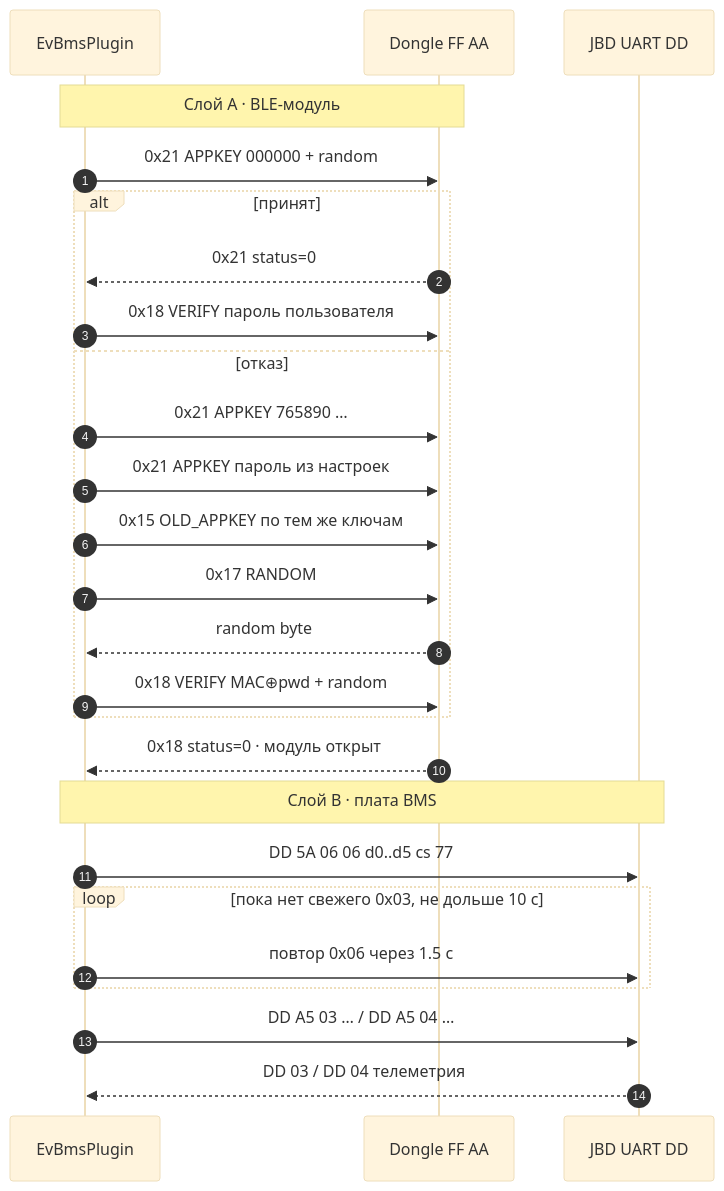
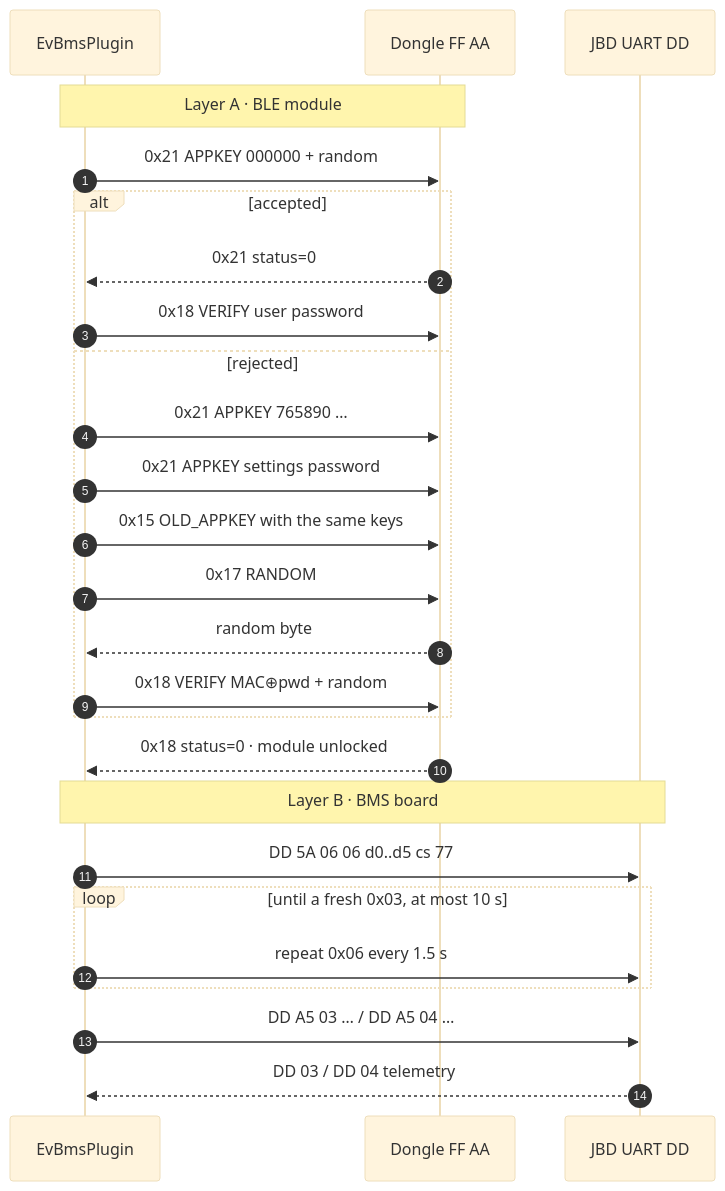
Before and after one commit to livello/OsmAnd: the eighth of 9 diagrams in BMS_DATA_ABOUT.md, drawn with Mermaid (base theme). The commit also changed other lines of this file and 2 other files, not shown here.

Commit message:
Translate EV-Telemetry docs and README to English.

````diff
--- a/BMS_DATA_ABOUT.md
+++ b/BMS_DATA_ABOUT.md
@@ -384,29 +384,29 @@
 ```mermaid
 sequenceDiagram
     autonumber
     participant P as EvBmsPlugin
     participant M as Dongle FF AA
     participant U as JBD UART DD
 
-    Note over P,M: Слой A · BLE-модуль
+    Note over P,M: Layer A · BLE module
     P->>M: 0x21 APPKEY 000000 + random
-    alt принят
+    alt accepted
         M-->>P: 0x21 status=0
-        P->>M: 0x18 VERIFY пароль пользователя
-    else отказ
+        P->>M: 0x18 VERIFY user password
+    else rejected
         P->>M: 0x21 APPKEY 765890 …
-        P->>M: 0x21 APPKEY пароль из настроек
-        P->>M: 0x15 OLD_APPKEY по тем же ключам
+        P->>M: 0x21 APPKEY settings password
+        P->>M: 0x15 OLD_APPKEY with the same keys
         P->>M: 0x17 RANDOM
         M-->>P: random byte
         P->>M: 0x18 VERIFY MAC⊕pwd + random
     end
-    M-->>P: 0x18 status=0 · модуль открыт
-    Note over P,U: Слой B · плата BMS
+    M-->>P: 0x18 status=0 · module unlocked
+    Note over P,U: Layer B · BMS board
     P->>U: DD 5A 06 06 d0..d5 cs 77
-    loop пока нет свежего 0x03, не дольше 10 с
-        P->>U: повтор 0x06 через 1.5 с
+    loop until a fresh 0x03, at most 10 s
+        P->>U: repeat 0x06 every 1.5 s
     end
     P->>U: DD A5 03 …  /  DD A5 04 …
-    U-->>P: DD 03 / DD 04 телеметрия
+    U-->>P: DD 03 / DD 04 telemetry
 ```
````
